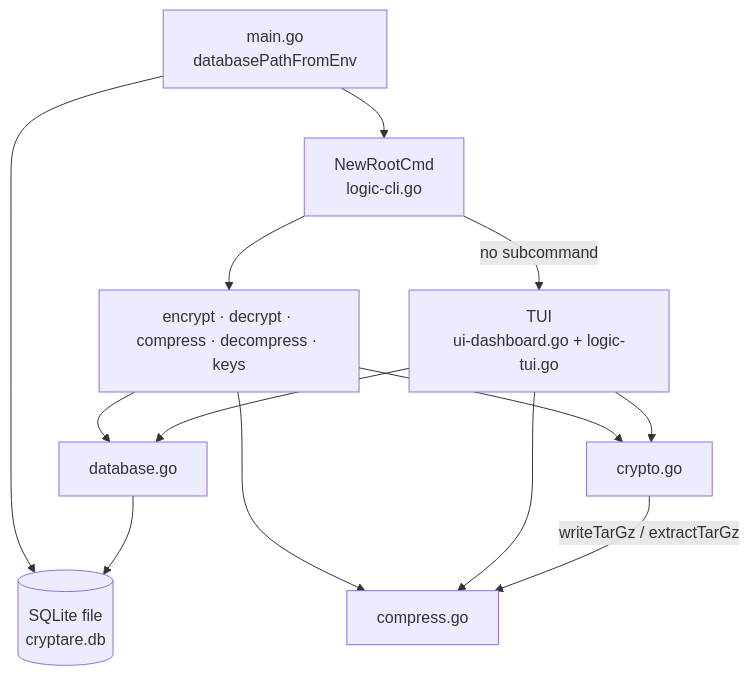
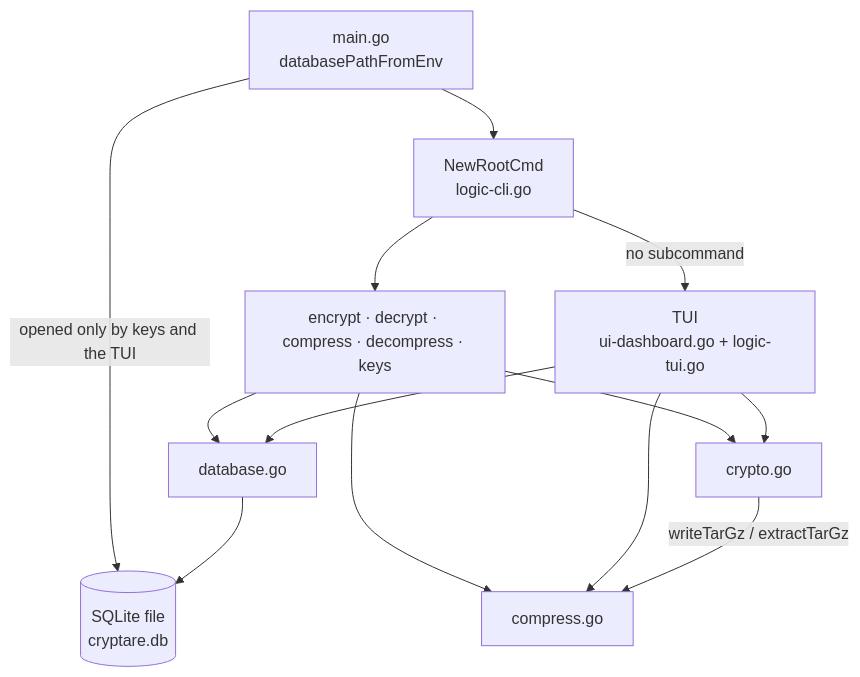
One commit to jabbott-iii/Cryptare changed the first of 3 diagrams in intel/map.md. Above: the diagram before and after it, drawn with Mermaid. The commit also changed other lines of this file and 16 other files, not shown here.

````diff
--- a/intel/map.md
+++ b/intel/map.md
@@ -54,15 +55,15 @@
 ```mermaid
 flowchart TD
-  main["main.go<br/>databasePathFromEnv"] --> dbfile[("SQLite file<br/>cryptare.db")]
+  main["main.go<br/>databasePathFromEnv"] -->|"opened only by keys and the TUI"| dbfile[("SQLite file<br/>cryptare.db")]
   main --> root["NewRootCmd<br/>logic-cli.go"]
   root -->|no subcommand| tui["TUI<br/>ui-dashboard.go + logic-tui.go"]
   root --> cli["encrypt · decrypt · compress · decompress · keys"]
   cli --> crypto["crypto.go"]
   cli --> compress["compress.go"]
   cli --> database["database.go"]
   tui --> crypto
   tui --> compress
   tui --> database
   crypto -->|"writeTarGz / extractTarGz"| compress
   database --> dbfile
 ```
````
